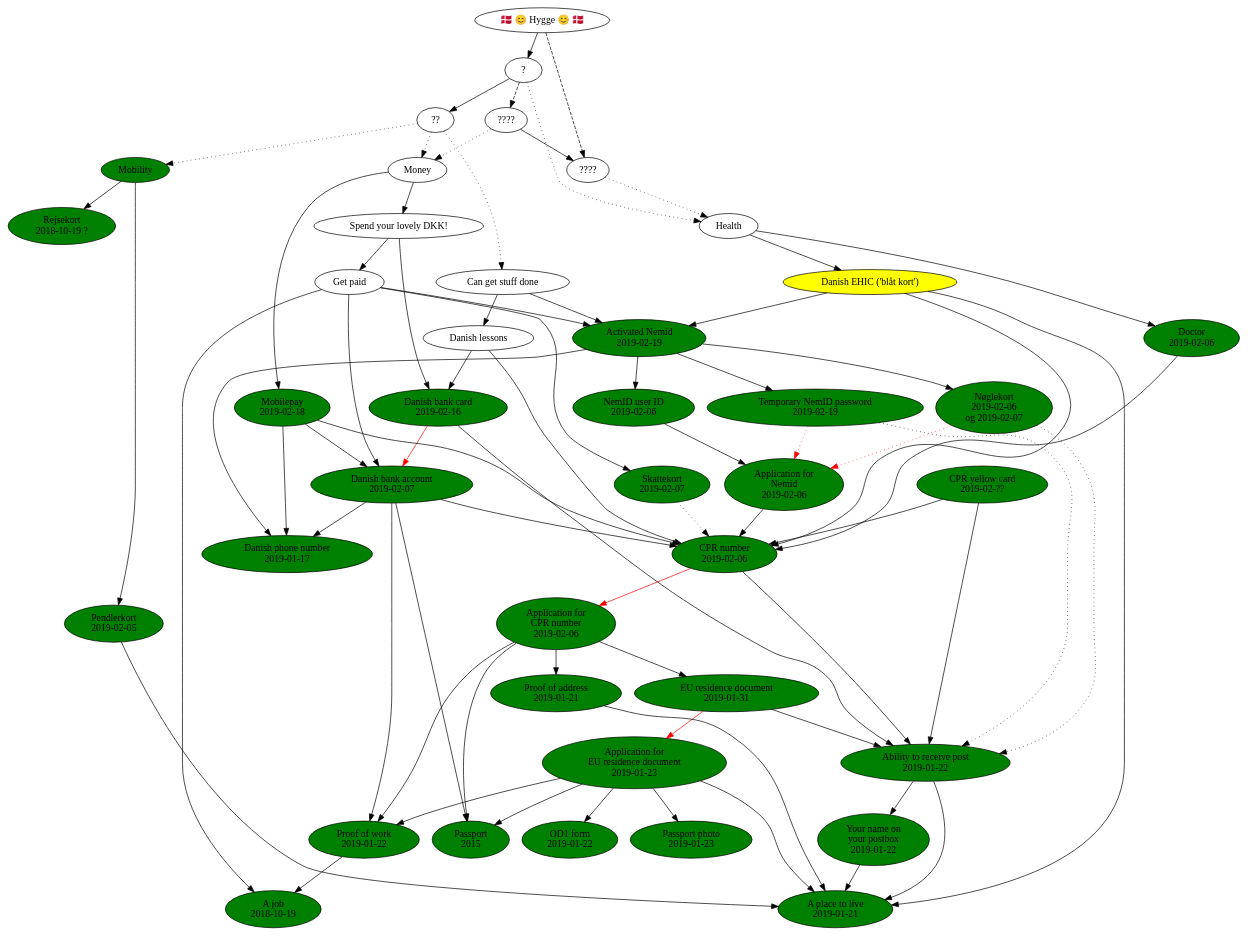
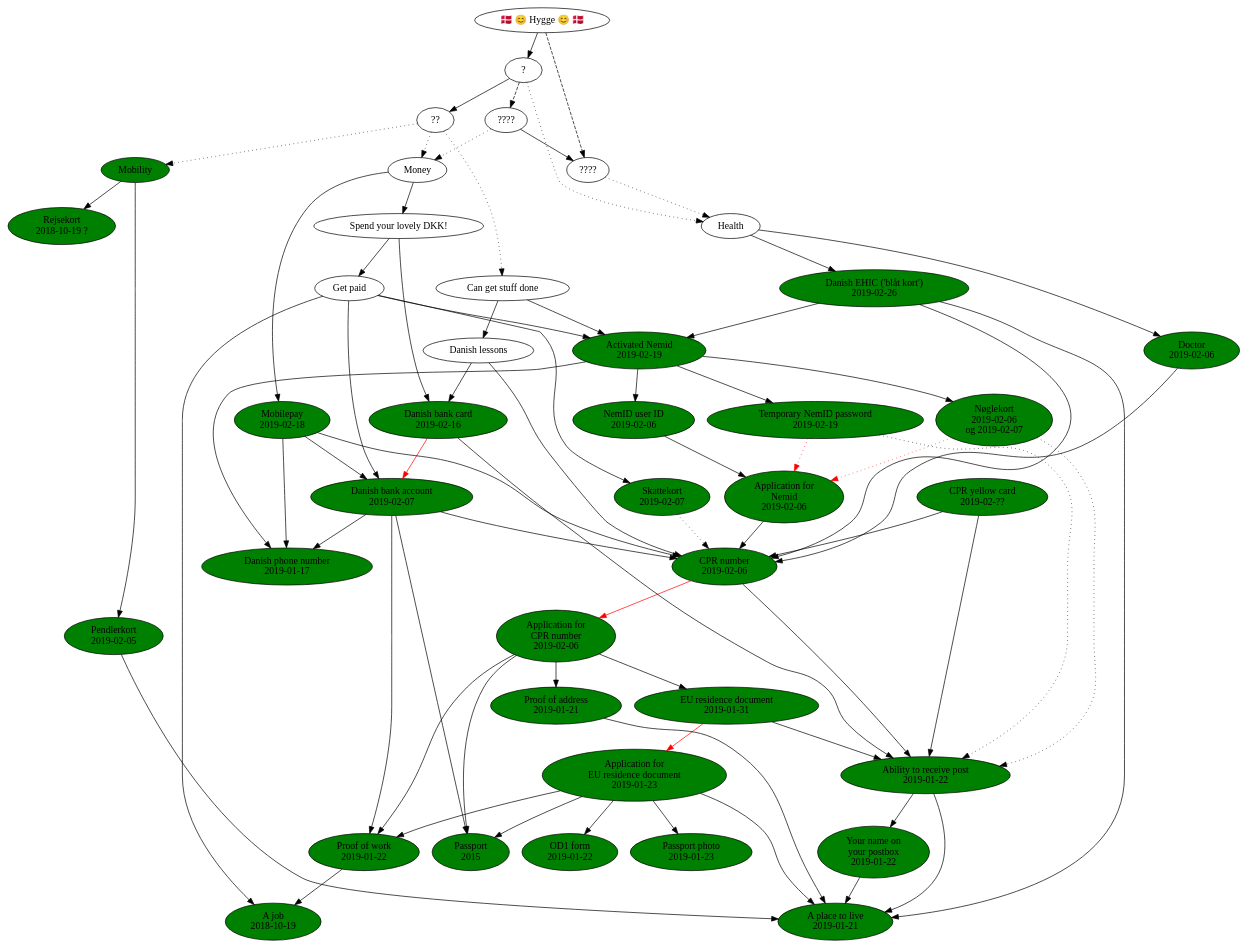
The diagram in flytter-til-danmark.dot (NoahBohme/emigrerer-til-danmark), drawn with Graphviz before and after one commit. The commit also changed 2 other files, not shown here.

Commit message:
Mit blåt kort er ankommet :-)

```diff
--- a/flytter-til-danmark.dot
+++ b/flytter-til-danmark.dot
@@ -1,142 +1,142 @@
 digraph g {
   job [ label="A job\n2018-10-19" style=filled fillcolor=green ]
   proof_of_work [ label="Proof of work\n2019-01-22" style=filled fillcolor=green ]
   proof_of_work -> job
 
   passport [ label="Passport\n2015" style=filled fillcolor=green ]
 
   danish_phone_number [ label="Danish phone number\n2019-01-17" style=filled fillcolor=green ]
   rejsekort [ label="Rejsekort\n2018-10-19 ?" style=filled fillcolor=green ]
 
   place_to_live [ label="A place to live\n2019-01-21" style=filled fillcolor=green ]
 
   name_on_postbox [ label="Your name on\nyour postbox\n2019-01-22" style=filled fillcolor=green ]
   name_on_postbox -> place_to_live
 
   can_receive_post [ label="Ability to receive post\n2019-01-22" style=filled fillcolor=green ]
   can_receive_post -> place_to_live
   can_receive_post -> name_on_postbox
 
   pendlerkort [ label="Pendlerkort\n2019-02-05" style=filled fillcolor=green ]
   pendlerkort -> place_to_live
 
   eu_residence_document_application [ label="Application for\nEU residence document\n2019-01-23" style=filled fillcolor=green ]
   eu_residence_document_application -> place_to_live
   eu_residence_document_application -> proof_of_work
   eu_residence_document_application -> passport
   eu_residence_document_application -> od1_form
   od1_form [ label="OD1 form\n2019-01-22" style=filled fillcolor=green ]
   passport_photo [ label="Passport photo\n2019-01-23" style=filled fillcolor=green ]
   eu_residence_document_application -> passport_photo
 
   eu_residence_document [ label="EU residence document\n2019-01-31" style=filled fillcolor=green ]
   eu_residence_document -> eu_residence_document_application [ color="red" ]
   eu_residence_document -> can_receive_post
 
   cpr_number_application [ label="Application for\nCPR number\n2019-02-06" style=filled fillcolor=green ]
   cpr_number_application -> eu_residence_document
   cpr_number_application -> proof_of_work
   cpr_number_application -> proof_of_address
   cpr_number_application -> passport
 
   cpr_number [ label="CPR number\n2019-02-06" style=filled fillcolor=green ]
   cpr_number -> cpr_number_application [ color="red" ]
   cpr_number -> can_receive_post
   cpr_card [ label="CPR yellow card\n2019-02-??" style=filled fillcolor=green ]
   cpr_card -> cpr_number
   cpr_card -> can_receive_post
 
   proof_of_address [ label="Proof of address\n2019-01-21" style=filled fillcolor=green ]
   proof_of_address -> place_to_live
 
   skattekort [ label="Skattekort\n2019-02-07" style=filled fillcolor=green ]
   skattekort -> cpr_number [ style="dotted" ]
 
   nemid_application [ label="Application for\nNemid\n2019-02-06" style=filled fillcolor=green ]
   nemid_application -> cpr_number
   nemid_userid [ label="NemID user ID\n2019-02-06" style=filled fillcolor=green ]
   nemid_userid -> nemid_application
 
   danish_bank_account [ label="Danish bank account\n2019-02-07" style=filled fillcolor=green ]
   danish_bank_account -> cpr_number
   danish_bank_account -> proof_of_work
   danish_bank_account -> passport
   danish_bank_account -> danish_phone_number
 
   activated_nemid [ label="Activated Nemid\n2019-02-19" style=filled fillcolor=green ]
   activated_nemid -> nemid_userid
   activated_nemid -> danish_phone_number
   noglekort [ label="Nøglekort\n2019-02-06\nog 2019-02-07" style=filled fillcolor=green ]
   midlertidlig_nemid_adgangskode [ label="Temporary NemID password\n2019-02-19" style=filled fillcolor=green ]
   activated_nemid -> noglekort
   activated_nemid -> midlertidlig_nemid_adgangskode
   noglekort -> nemid_application [ style="dotted" color="red" ]
   midlertidlig_nemid_adgangskode -> nemid_application [ style="dotted" color="red" ]
   noglekort -> can_receive_post [ style="dotted" ]
   midlertidlig_nemid_adgangskode -> can_receive_post [ style="dotted" ]
 
-  ehic [ label="Danish EHIC ('blåt kort')" style=filled fillcolor=yellow ]
+  ehic [ label="Danish EHIC ('blåt kort')\n2019-02-26" style=filled fillcolor=green ]
   ehic -> cpr_number
   ehic -> activated_nemid
   ehic -> place_to_live
 
   doctor [ label="Doctor\n2019-02-06" style=filled fillcolor=green ]
   doctor -> cpr_number
 
   get_paid [ label="Get paid" ]
   get_paid -> job
   get_paid -> skattekort
   get_paid -> danish_bank_account
   get_paid -> activated_nemid
 
   danish_lessions [ label="Danish lessons" ]
   danish_lessions -> cpr_number
   danish_lessions -> danish_bank_card
 
   danish_bank_card [ label="Danish bank card\n2019-02-16" style=filled fillcolor=green ]
   danish_bank_card -> danish_bank_account [ color="red" ]
   danish_bank_card -> can_receive_post
 
   spend_lovely_dkk [ label="Spend your lovely DKK!" ]
   spend_lovely_dkk -> get_paid
   spend_lovely_dkk -> danish_bank_card
 
   mobilepay [ label="Mobilepay\n2019-02-18" style=filled fillcolor=green ]
   mobilepay -> cpr_number
   mobilepay -> danish_phone_number
   mobilepay -> danish_bank_account
 
   // Det endeligt mål
   hygge [ label="🇩🇰 😊 Hygge 😊 🇩🇰" ]
   // Deliberately vague so as not to imply that (a) hygge has a formula, or
   // (b) it depends on any of the named things
   hygge -> magi4 [ style=dashed ]
   hygge -> magi1
   magi1 [ label="?" ]
   magi4 [ label="????" ]
   magi2 [ label="??" ]
   magi3 [ label="????" ]
   magi3 -> magi4
   magi1 -> magi2
   magi1 -> magi3 [ style=dashed ]
 
   magi1 -> helbred [ style=dotted ]
   magi2 -> penge [ style=dotted ]
 
   magi4 -> helbred [ style=dotted ]
   helbred [ label="Health" ]
   helbred -> doctor
   helbred -> ehic
   magi3 -> penge [ style=dotted ]
   penge [ label="Money" ]
   penge -> spend_lovely_dkk
   penge -> mobilepay
   magi2 -> rejser [ style=dotted ]
   rejser [ label="Mobility" style=filled fillcolor=green ]
   rejser -> pendlerkort
   rejser -> rejsekort
   magi2 -> faa_ting_gjort [ style=dotted ]
   faa_ting_gjort [ label="Can get stuff done" ]
   faa_ting_gjort -> activated_nemid
   faa_ting_gjort -> danish_lessions
 }
```
